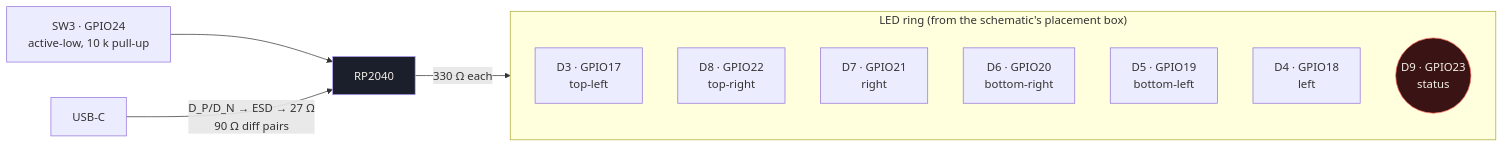
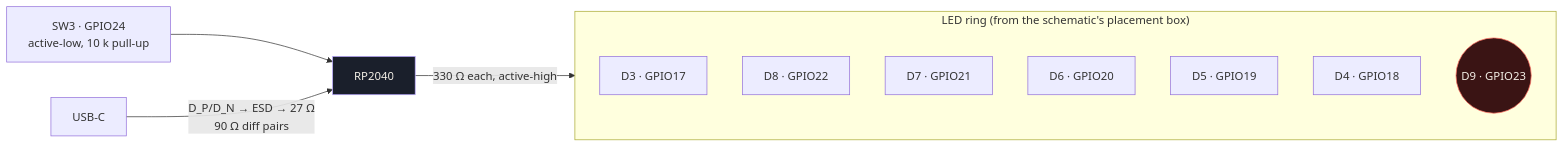
One commit to hrahman12/SierraThon---LeanChip changed the second of 3 diagrams in README.md. Above: the diagram before and after it, drawn with Mermaid. The commit also changed other lines of this file and 4 other files, not shown here.

````diff
--- a/README.md
+++ b/README.md
@@ -40,17 +78,17 @@
 ```mermaid
 flowchart LR
     subgraph ring["LED ring (from the schematic's placement box)"]
-        D3["D3 · GPIO17<br/>top-left"]
-        D8["D8 · GPIO22<br/>top-right"]
-        D7["D7 · GPIO21<br/>right"]
-        D6["D6 · GPIO20<br/>bottom-right"]
-        D5["D5 · GPIO19<br/>bottom-left"]
-        D4["D4 · GPIO18<br/>left"]
-        D9(("D9 · GPIO23<br/>status"))
+        D3["D3 · GPIO17"]
+        D8["D8 · GPIO22"]
+        D7["D7 · GPIO21"]
+        D6["D6 · GPIO20"]
+        D5["D5 · GPIO19"]
+        D4["D4 · GPIO18"]
+        D9(("D9 · GPIO23"))
     end
-    U1["RP2040"] -->|"330 Ω each"| ring
+    U1["RP2040"] -->|"330 Ω each, active-high"| ring
     SW3["SW3 · GPIO24<br/>active-low, 10 k pull-up"] --> U1
     J1["USB-C"] -->|"D_P/D_N → ESD → 27 Ω<br/>90 Ω diff pairs"| U1
     style U1 fill:#1A1F2B,stroke:#B9A7FF,color:#F3EFE6
     style D9 fill:#3A1414,stroke:#FF6B5E,color:#F3EFE6
 ```
````
